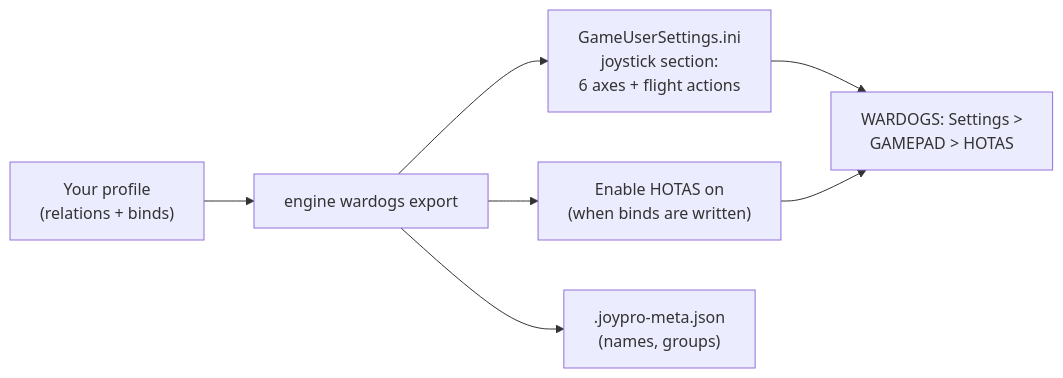
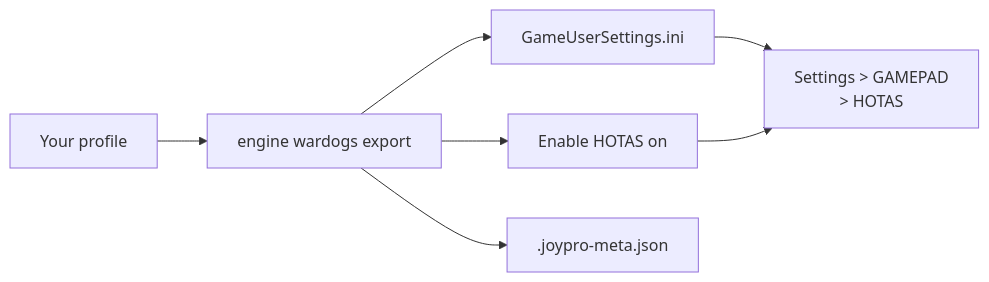
Before and after one commit to Holdi601/JoystickProfiler2: the diagram in website/content/games/wardogs.md, drawn with Mermaid. The commit also changed other lines of this file and 718 other files, not shown here.

Commit message:
JoyPro2 2.7.0

````diff
--- a/website/content/games/wardogs.md
+++ b/website/content/games/wardogs.md
@@ -20,9 +158,10 @@
 ```mermaid
+%% caption: JoyPro writes the joystick section of GameUserSettings.ini (6 axes and the flight actions), switches Enable HOTAS on when binds are written, and keeps names and groups in .joypro-meta.json.
 flowchart LR
-  P["Your profile<br/>(relations + binds)"] --> E["engine wardogs export"]
-  E --> S["GameUserSettings.ini<br/>joystick section:<br/>6 axes + flight actions"]
-  E --> H["Enable HOTAS on<br/>(when binds are written)"]
-  E --> M[".joypro-meta.json<br/>(names, groups)"]
-  S --> G["WARDOGS: Settings ><br/>GAMEPAD > HOTAS"]
+  P["Your profile"] --> E["engine wardogs export"]
+  E --> S["GameUserSettings.ini"]
+  E --> H["Enable HOTAS on"]
+  E --> M[".joypro-meta.json"]
+  S --> G["Settings > GAMEPAD<br/>> HOTAS"]
   H --> G
 ```
````
